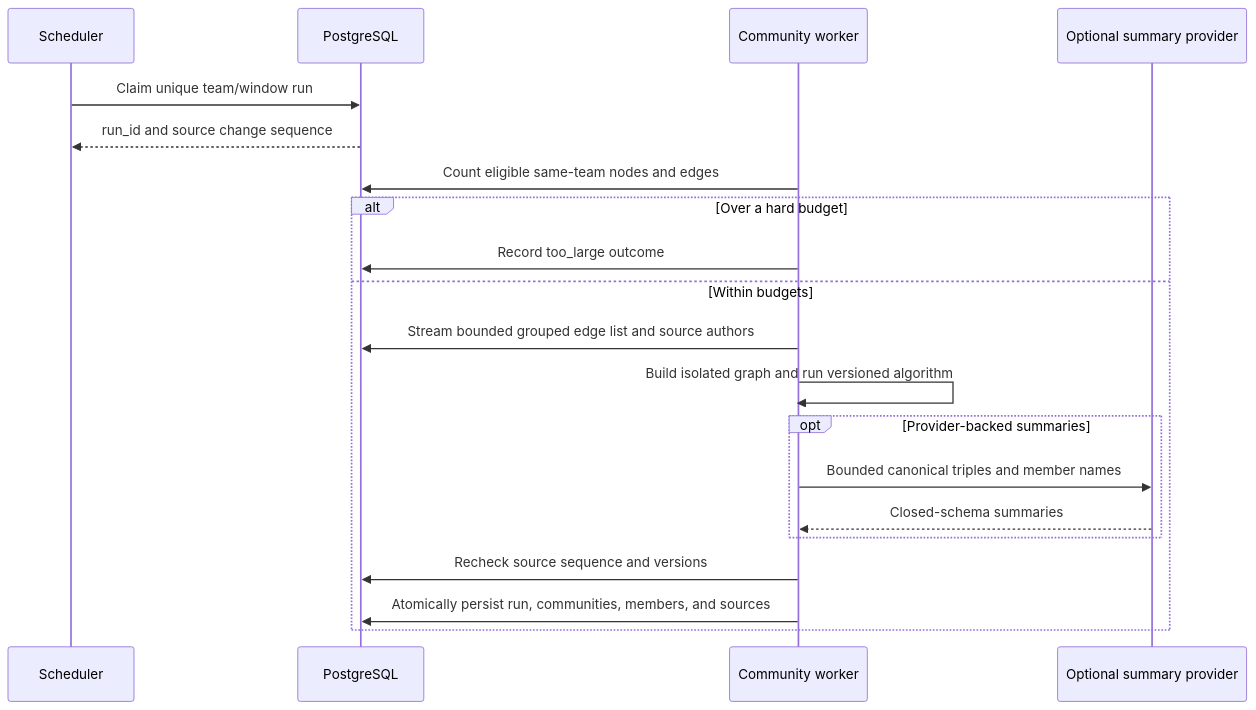
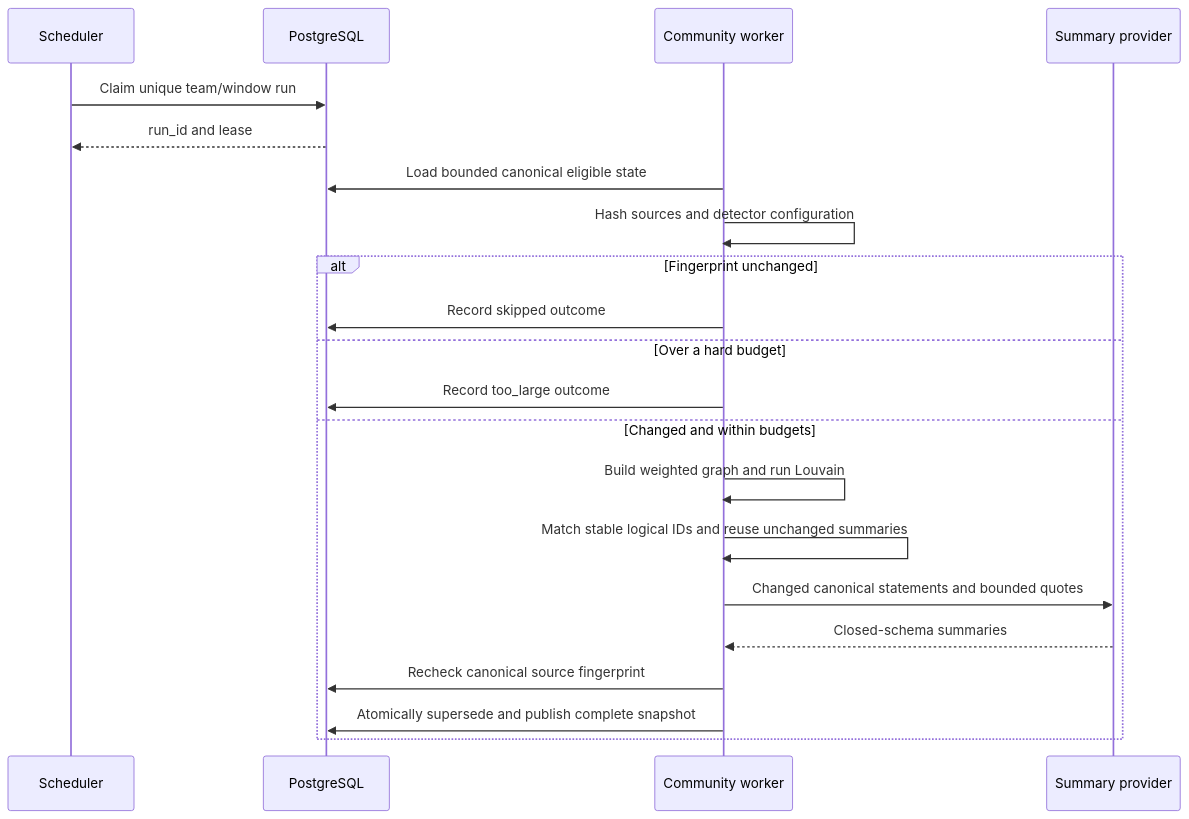
One commit to markhuangai/dense-mem changed the second of 4 diagrams in Community-And-Dreaming.md. Above: the diagram before and after it, drawn with Mermaid. The commit also changed other lines of this file and 10 other files, not shown here.

````diff
--- a/Community-And-Dreaming.md
+++ b/Community-And-Dreaming.md
@@ -86,24 +112,25 @@
 ```mermaid
 %%{init: {"sequence": {"rightAngles": true}}}%%
 sequenceDiagram
   participant S as Scheduler
   participant P as PostgreSQL
   participant W as Community worker
-  participant A as Optional summary provider
+  participant A as Summary provider
 
   S->>P: Claim unique team/window run
-  P-->>S: run_id and source change sequence
-  W->>P: Count eligible same-team nodes and edges
-  alt Over a hard budget
+  P-->>S: run_id and lease
+  W->>P: Load bounded canonical eligible state
+  W->>W: Hash sources and detector configuration
+  alt Fingerprint unchanged
+    W->>P: Record skipped outcome
+  else Over a hard budget
     W->>P: Record too_large outcome
-  else Within budgets
-    W->>P: Stream bounded grouped edge list and source authors
-    W->>W: Build isolated graph and run versioned algorithm
-    opt Provider-backed summaries
-      W->>A: Bounded canonical triples and member names
-      A-->>W: Closed-schema summaries
-    end
-    W->>P: Recheck source sequence and versions
-    W->>P: Atomically persist run, communities, members, and sources
+  else Changed and within budgets
+    W->>W: Build weighted graph and run Louvain
+    W->>W: Match stable logical IDs and reuse unchanged summaries
+    W->>A: Changed canonical statements and bounded quotes
+    A-->>W: Closed-schema summaries
+    W->>P: Recheck canonical source fingerprint
+    W->>P: Atomically supersede and publish complete snapshot
   end
 ```
````
